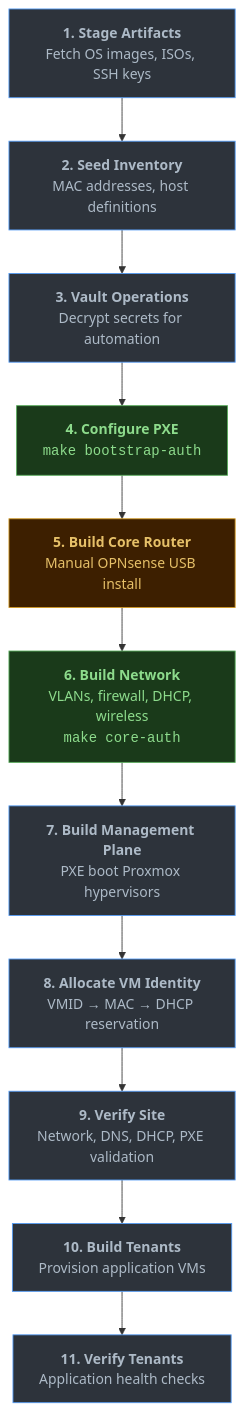
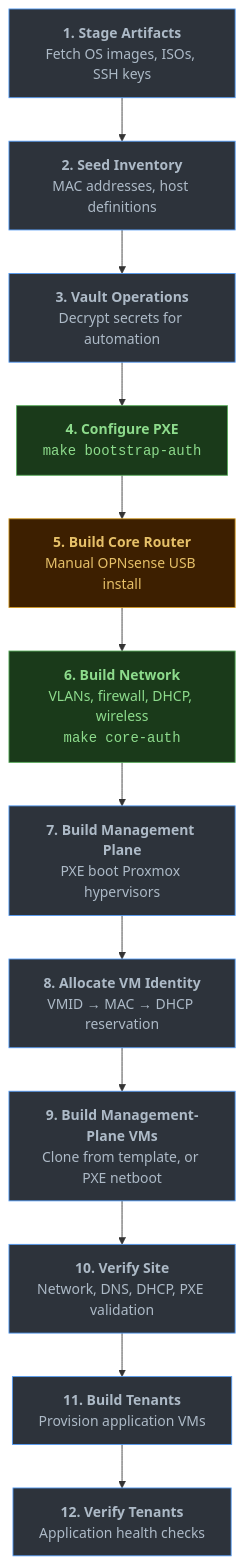
One commit to deevnet/deevnet-docs changed the diagram in content/docs/runbook/building-recovery/_index.md. Above: the diagram before and after it, drawn with Mermaid. The commit also changed other lines of this file and 4 other files, not shown here.

```diff
--- a/content/docs/runbook/building-recovery/_index.md
+++ b/content/docs/runbook/building-recovery/_index.md
@@ -61,20 +61,21 @@
 {{< mermaid >}}
 flowchart TD
     A["<b>1. Stage Artifacts</b><br/>Fetch OS images, ISOs, SSH keys"]
     B["<b>2. Seed Inventory</b><br/>MAC addresses, host definitions"]
     C["<b>3. Vault Operations</b><br/>Decrypt secrets for automation"]
     D["<b>4. Configure PXE</b><br/><code>make bootstrap-auth</code>"]:::transition
     E["<b>5. Build Core Router</b><br/>Manual OPNsense USB install"]:::manual
     F["<b>6. Build Network</b><br/>VLANs, firewall, DHCP, wireless<br/><code>make core-auth</code>"]:::transition
     G["<b>7. Build Management Plane</b><br/>PXE boot Proxmox hypervisors"]
     H["<b>8. Allocate VM Identity</b><br/>VMID &rarr; MAC &rarr; DHCP reservation"]
-    I["<b>9. Verify Site</b><br/>Network, DNS, DHCP, PXE validation"]
-    J["<b>10. Build Tenants</b><br/>Provision application VMs"]
-    K["<b>11. Verify Tenants</b><br/>Application health checks"]
+    I["<b>9. Build Management-Plane VMs</b><br/>Clone from template, or PXE netboot"]
+    J["<b>10. Verify Site</b><br/>Network, DNS, DHCP, PXE validation"]
+    K["<b>11. Build Tenants</b><br/>Provision application VMs"]
+    L["<b>12. Verify Tenants</b><br/>Application health checks"]
 
-    A --> B --> C --> D --> E --> F --> G --> H --> I --> J --> K
+    A --> B --> C --> D --> E --> F --> G --> H --> I --> J --> K --> L
 
     classDef default fill:#2d333b,stroke:#539bf5,color:#adbac7
     classDef transition fill:#1a3a1a,stroke:#57ab5a,color:#8ddb8c
     classDef manual fill:#3d1f00,stroke:#d29922,color:#e6c068
 {{< /mermaid >}}
```
